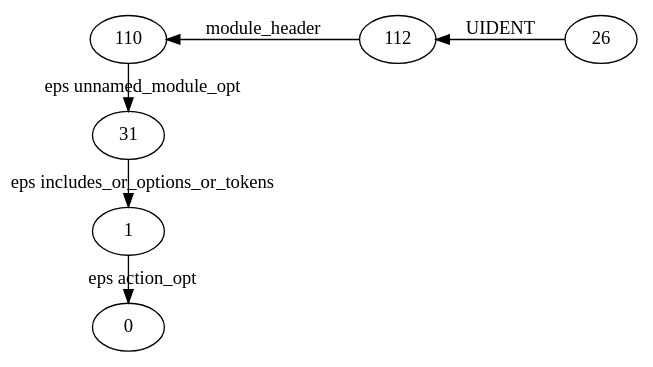
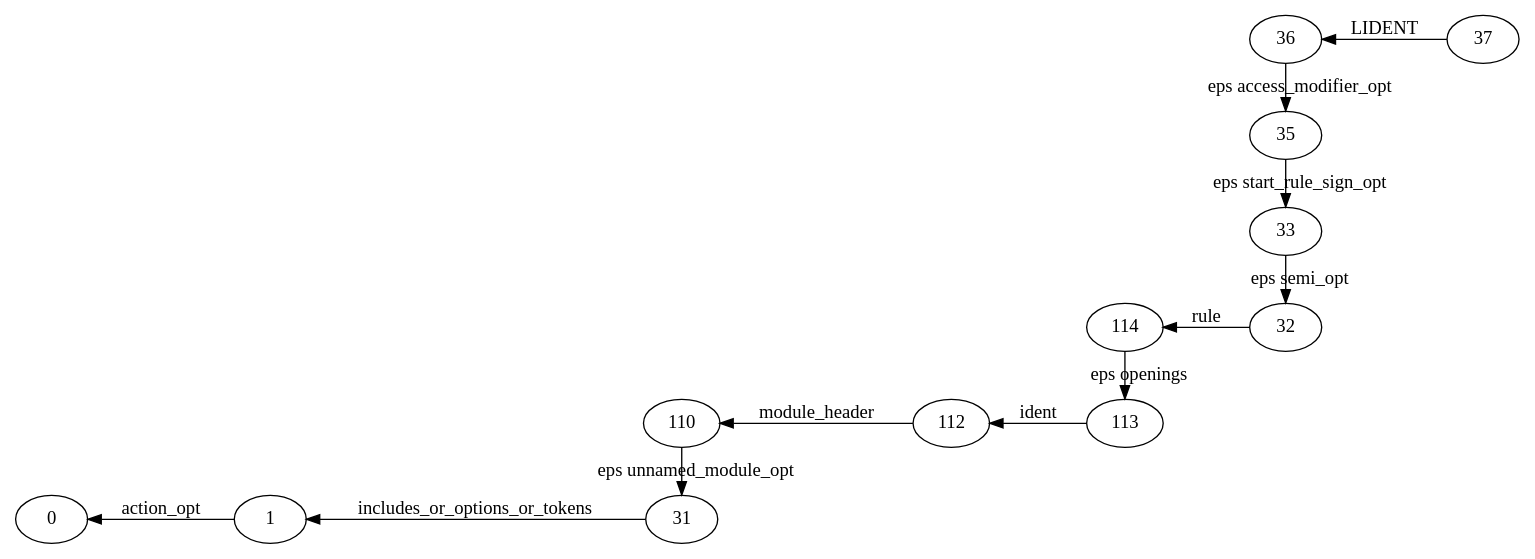
Before and after one commit to YaccConstructor/QuickGraph: the diagram in DotParserProject/DotParserProject/res.dot, drawn with Graphviz. The commit also changed 4 other files, not shown here.

```diff
--- a/DotParserProject/DotParserProject/res.dot
+++ b/DotParserProject/DotParserProject/res.dot
@@ -1,17 +1,33 @@
 digraph GSS {
     rankdir=RL
-    0 [label="26"]
-    1 [label="112"]
-    2 [label="110"]
-    3 [label="31"]
-    4 [label="1"]
-    5 [label="0"]
-    4 -> 5 [label="eps action_opt"]
-    3 -> 4 [label="eps includes_or_options_or_tokens"]
-    2 -> 3 [label="eps unnamed_module_opt"]
-    1 -> 2 [label="module_header"]
-    0 -> 1 [label="UIDENT"]
+    0 [label="37"]
+    1 [label="36"]
+    2 [label="35"]
+    3 [label="33"]
+    4 [label="32"]
+    5 [label="114"]
+    6 [label="113"]
+    7 [label="112"]
+    8 [label="110"]
+    9 [label="31"]
+    10 [label="1"]
+    11 [label="0"]
+    10 -> 11 [label="action_opt"]
+    9 -> 10 [label="includes_or_options_or_tokens"]
+    8 -> 9 [label="eps unnamed_module_opt"]
+    7 -> 8 [label="module_header"]
+    6 -> 7 [label="ident"]
+    5 -> 6 [label="eps openings"]
+    4 -> 5 [label="rule"]
+    3 -> 4 [label="eps semi_opt"]
+    2 -> 3 [label="eps start_rule_sign_opt"]
+    1 -> 2 [label="eps access_modifier_opt"]
+    0 -> 1 [label="LIDENT"]
     {rank=same; 0}
-    {rank=same; 1}
-    {rank=same; 5 4 3 2}
+    {rank=same; 4 3 2 1}
+    {rank=same; 6 5}
+    {rank=same; 7}
+    {rank=same; 9 8}
+    {rank=same; 10}
+    {rank=same; 11}
 }
```
